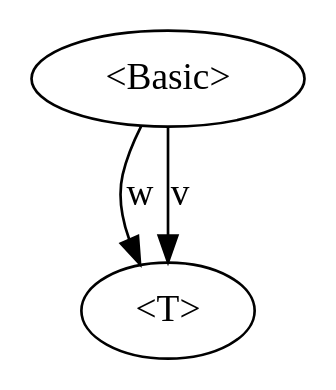
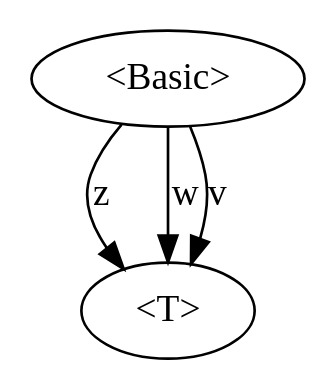
Before and after one commit to varivera/aliasing-java: the diagram in AliasingImpl/source/test.dot, drawn with Graphviz. The commit also changed 6 other files, not shown here.

```diff
--- a/AliasingImpl/source/test.dot
+++ b/AliasingImpl/source/test.dot
@@ -1,6 +1,7 @@
 digraph G {
+n1->n2 [label="z"]
 n1->n2 [label="w"]
 n1->n2 [label="v"]
 n1[label="<Basic>"]
 n2[label="<T>"]
 }
```
